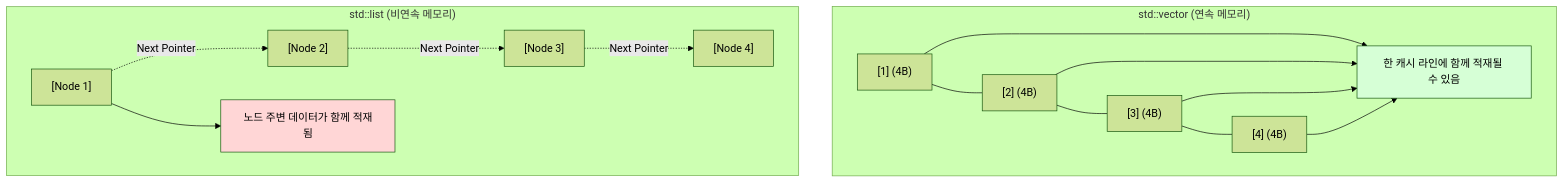
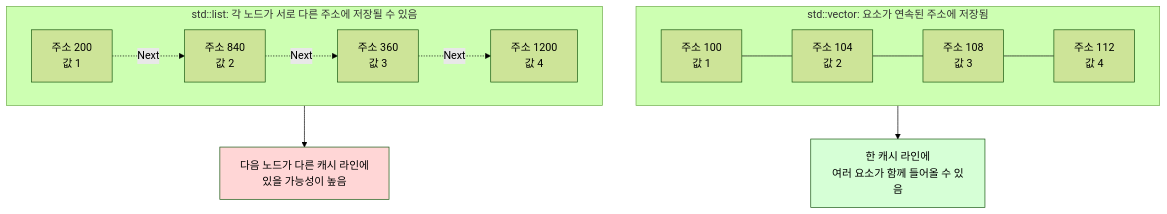
The diagram in yeoeunseon/윤여민/C++/Cache Locality.md (HyeseonLikesPizza/yeoeunseon), drawn with Mermaid (forest theme) before and after one commit. The commit also changed other lines of this file and 5 other files, not shown here.

First line of the commit message:
Update notes: cache locality, add graph guide

````diff
--- a/yeoeunseon/윤여민/C++/Cache Locality.md
+++ b/yeoeunseon/윤여민/C++/Cache Locality.md
@@ -59,19 +59,21 @@
 ```mermaid
-flowchart TD
-    subgraph Vector["std::vector (연속 메모리)"]
+flowchart TB
+    subgraph Vector["std::vector: 요소가 연속된 주소에 저장됨"]
         direction LR
-        V1["[1] (4B)"] --- V2["[2] (4B)"] --- V3["[3] (4B)"] --- V4["[4] (4B)"]
-        V1 & V2 & V3 & V4 --> CL1["한 캐시 라인에 함께 적재될 수 있음"]
+        V1["주소 100<br/>값 1"] --- V2["주소 104<br/>값 2"] --- V3["주소 108<br/>값 3"] --- V4["주소 112<br/>값 4"]
     end
 
-    subgraph List["std::list (비연속 메모리)"]
+    V1 --> VC["한 캐시 라인에<br/>여러 요소가 함께 들어올 수 있음"]
+
+    subgraph List["std::list: 각 노드가 서로 다른 주소에 저장될 수 있음"]
         direction LR
-        L1["[Node 1]"] -.->|Next Pointer| L2["[Node 2]"]
-        L2 -.->|Next Pointer| L3["[Node 3]"]
-        L3 -.->|Next Pointer| L4["[Node 4]"]
-        L1 --> CL2["노드 주변 데이터가 함께 적재됨"]
+        L1["주소 200<br/>값 1"] -.->|Next| L2["주소 840<br/>값 2"]
+        L2 -.->|Next| L3["주소 360<br/>값 3"]
+        L3 -.->|Next| L4["주소 1200<br/>값 4"]
     end
 
-    style CL1 fill:#d6ffd6
-    style CL2 fill:#ffd6d6
+    L1 --> LC["다음 노드가 다른 캐시 라인에<br/>있을 가능성이 높음"]
+
+    style VC fill:#d6ffd6
+    style LC fill:#ffd6d6
 ```
````
